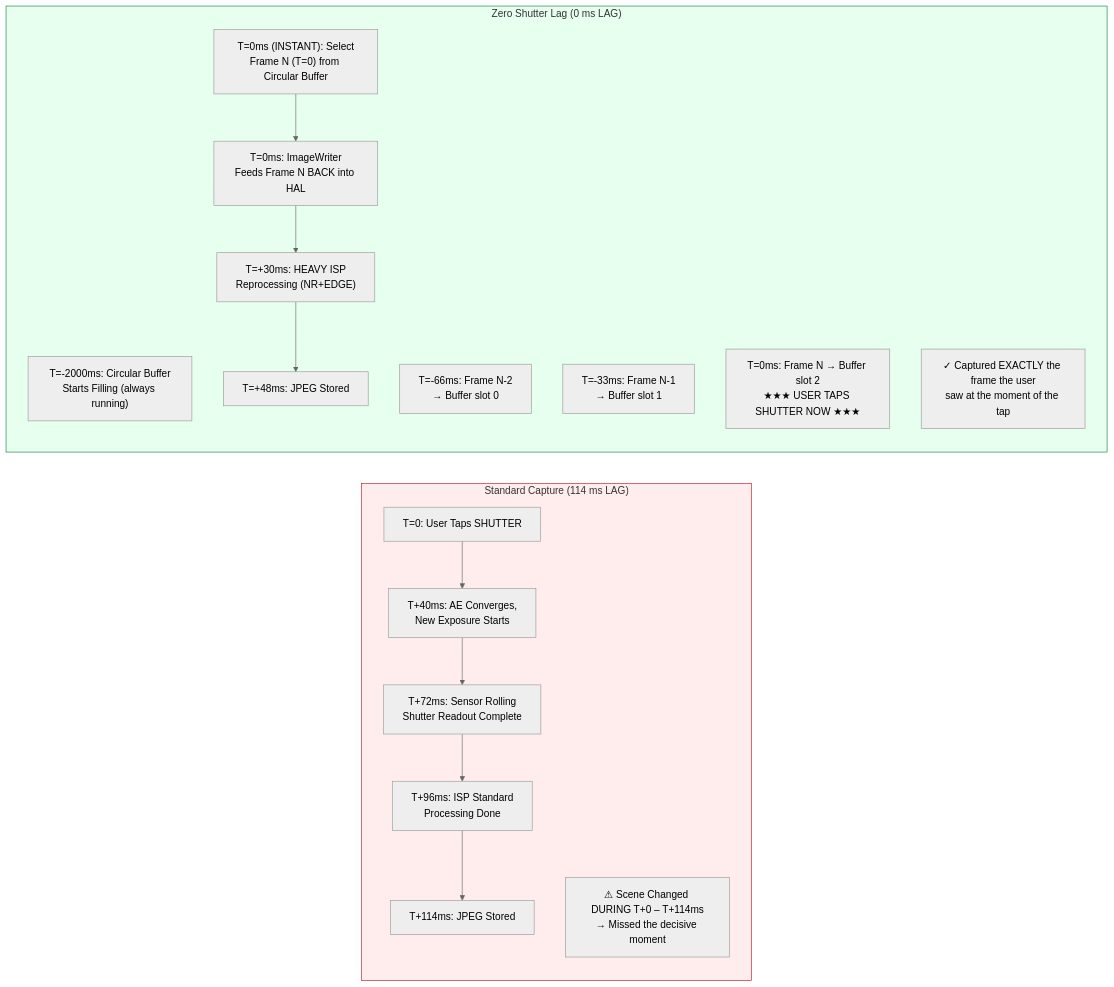
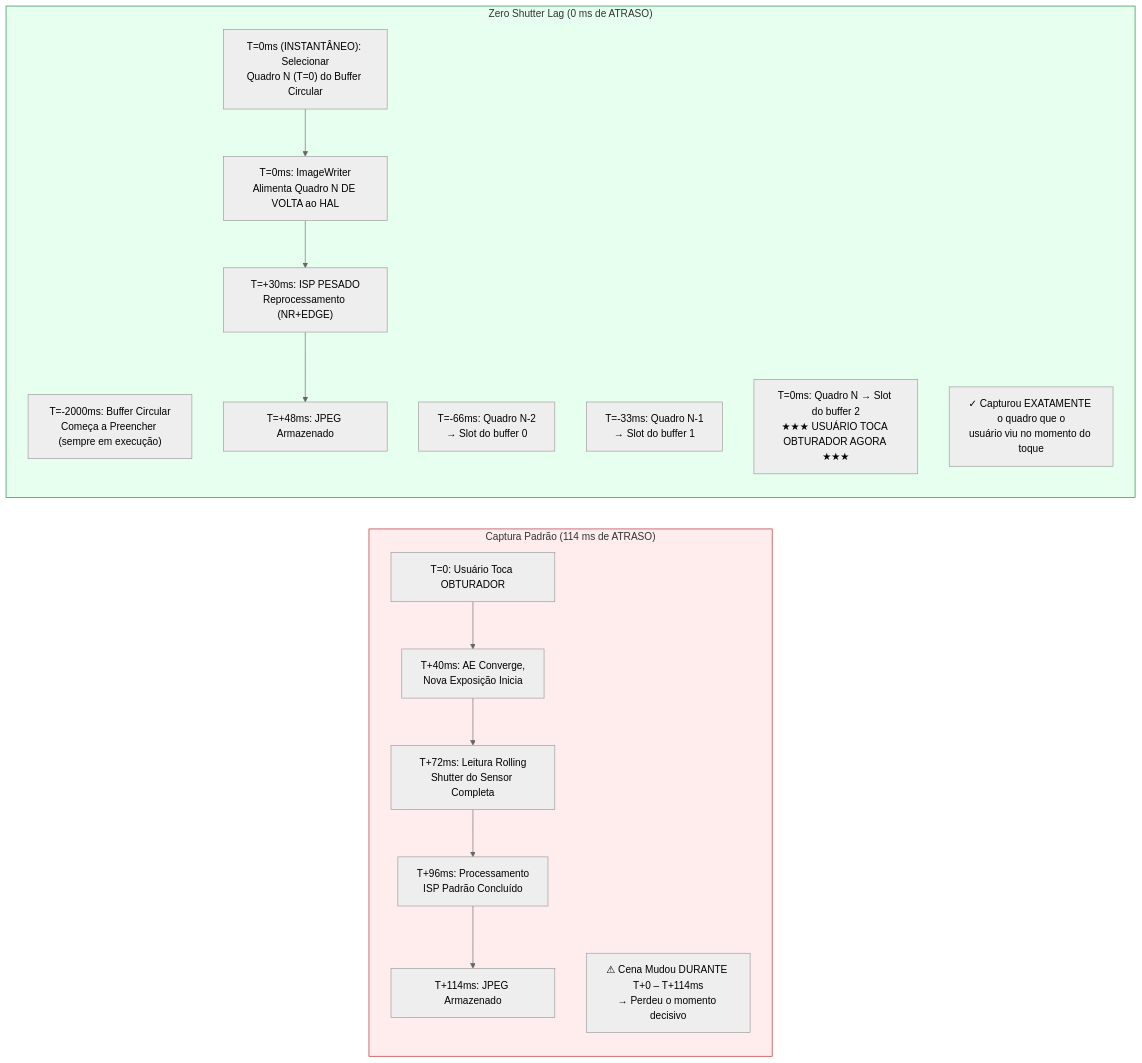
The first of 2 diagrams in website/i18n/pt-BR/docusaurus-plugin-content-docs/current/camera2/zero-shutter-lag-and-reprocessing.md (zoozooll/AndroidCameraParameters), drawn with Mermaid (neutral theme) before and after one commit. The commit also changed other lines of this file and 378 other files, not shown here.

````diff
--- a/website/i18n/pt-BR/docusaurus-plugin-content-docs/current/camera2/zero-shutter-lag-and-reprocessing.md
+++ b/website/i18n/pt-BR/docusaurus-plugin-content-docs/current/camera2/zero-shutter-lag-and-reprocessing.md
@@ -32,27 +32,27 @@
 ```mermaid
 flowchart LR
-    subgraph STANDARD["Standard Capture (114 ms LAG)"]
+    subgraph STANDARD["Captura Padrão (114 ms de ATRASO)"]
         direction TB
-        T1["T=0: User Taps SHUTTER"] --> T2["T+40ms: AE Converges,\nNew Exposure Starts"]
-        T2 --> T3["T+72ms: Sensor Rolling\nShutter Readout Complete"]
-        T3 --> T4["T+96ms: ISP Standard\nProcessing Done"]
-        T4 --> T5["T+114ms: JPEG Stored"]
-        LOST["⚠ Scene Changed DURING T+0 – T+114ms\n→ Missed the decisive moment"]
+        T1["T=0: Usuário Toca OBTURADOR"] --> T2["T+40ms: AE Converge,<br/>Nova Exposição Inicia"]
+        T2 --> T3["T+72ms: Leitura Rolling<br/>Shutter do Sensor Completa"]
+        T3 --> T4["T+96ms: Processamento<br/>ISP Padrão Concluído"]
+        T4 --> T5["T+114ms: JPEG Armazenado"]
+        LOST["⚠ Cena Mudou DURANTE T+0 – T+114ms<br/>→ Perdeu o momento decisivo"]
     end
 
-    subgraph ZSLFLOW["Zero Shutter Lag (0 ms LAG)"]
+    subgraph ZSLFLOW["Zero Shutter Lag (0 ms de ATRASO)"]
         direction TB
-        C0["T=-2000ms: Circular Buffer\nStarts Filling (always running)"]
-        C1["T=-66ms: Frame N-2\n→ Buffer slot 0"]
-        C2["T=-33ms: Frame N-1\n→ Buffer slot 1"]
-        C3["T=0ms: Frame N → Buffer slot 2\n★★★ USER TAPS SHUTTER NOW ★★★"]
-        C4["T=0ms (INSTANT): Select\nFrame N (T=0) from Circular Buffer"]
-        C4 --> C5["T=0ms: ImageWriter\nFeeds Frame N BACK into HAL"]
-        C5 --> C6["T=+30ms: HEAVY ISP\nReprocessing (NR+EDGE)"]
-        C6 --> C7["T=+48ms: JPEG Stored"]
-        PERFECT["✓ Captured EXACTLY the frame the user\nsaw at the moment of the tap"]
+        C0["T=-2000ms: Buffer Circular<br/>Começa a Preencher (sempre em execução)"]
+        C1["T=-66ms: Quadro N-2<br/>→ Slot do buffer 0"]
+        C2["T=-33ms: Quadro N-1<br/>→ Slot do buffer 1"]
+        C3["T=0ms: Quadro N → Slot do buffer 2<br/>★★★ USUÁRIO TOCA OBTURADOR AGORA ★★★"]
+        C4["T=0ms (INSTANTÂNEO): Selecionar<br/>Quadro N (T=0) do Buffer Circular"]
+        C4 --> C5["T=0ms: ImageWriter<br/>Alimenta Quadro N DE VOLTA ao HAL"]
+        C5 --> C6["T=+30ms: ISP PESADO<br/>Reprocessamento (NR+EDGE)"]
+        C6 --> C7["T=+48ms: JPEG Armazenado"]
+        PERFECT["✓ Capturou EXATAMENTE o quadro que o<br/>usuário viu no momento do toque"]
     end
 
     style STANDARD fill:#ffeded,stroke:#b91c1c
     style ZSLFLOW fill:#e6ffef,stroke:#15803d
 ```
````
